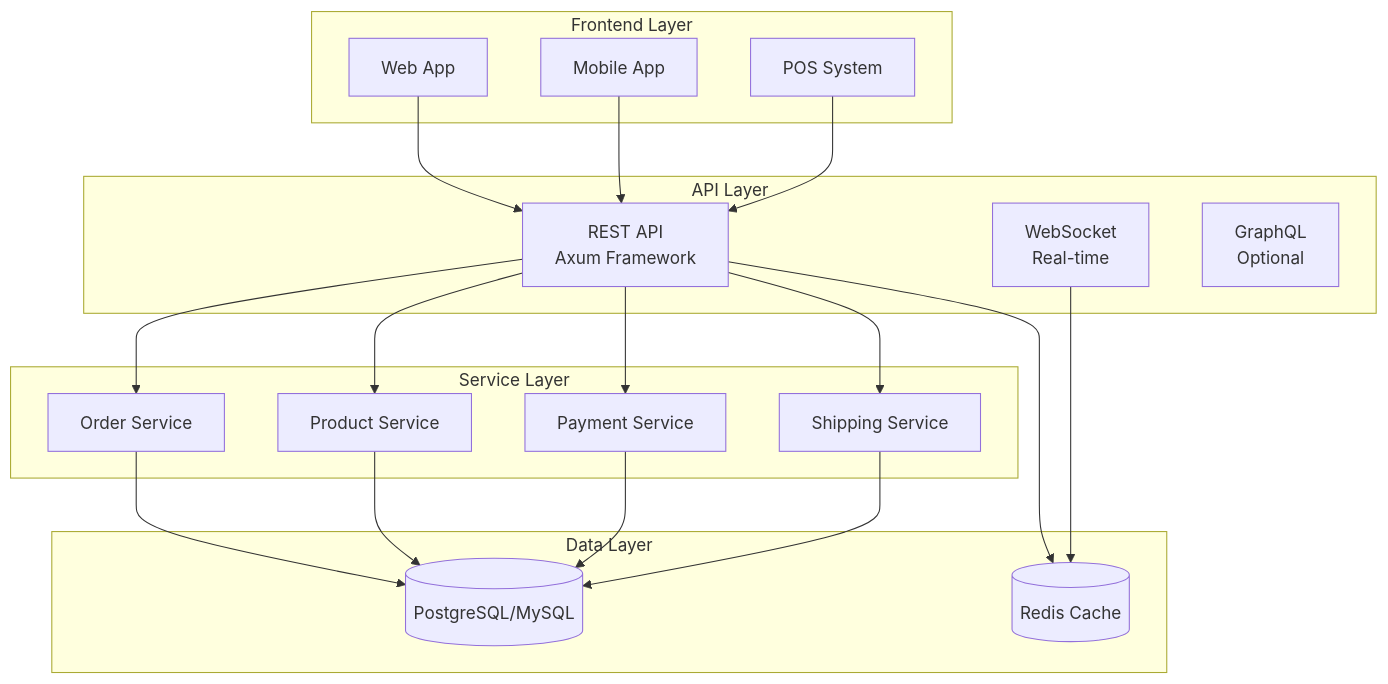
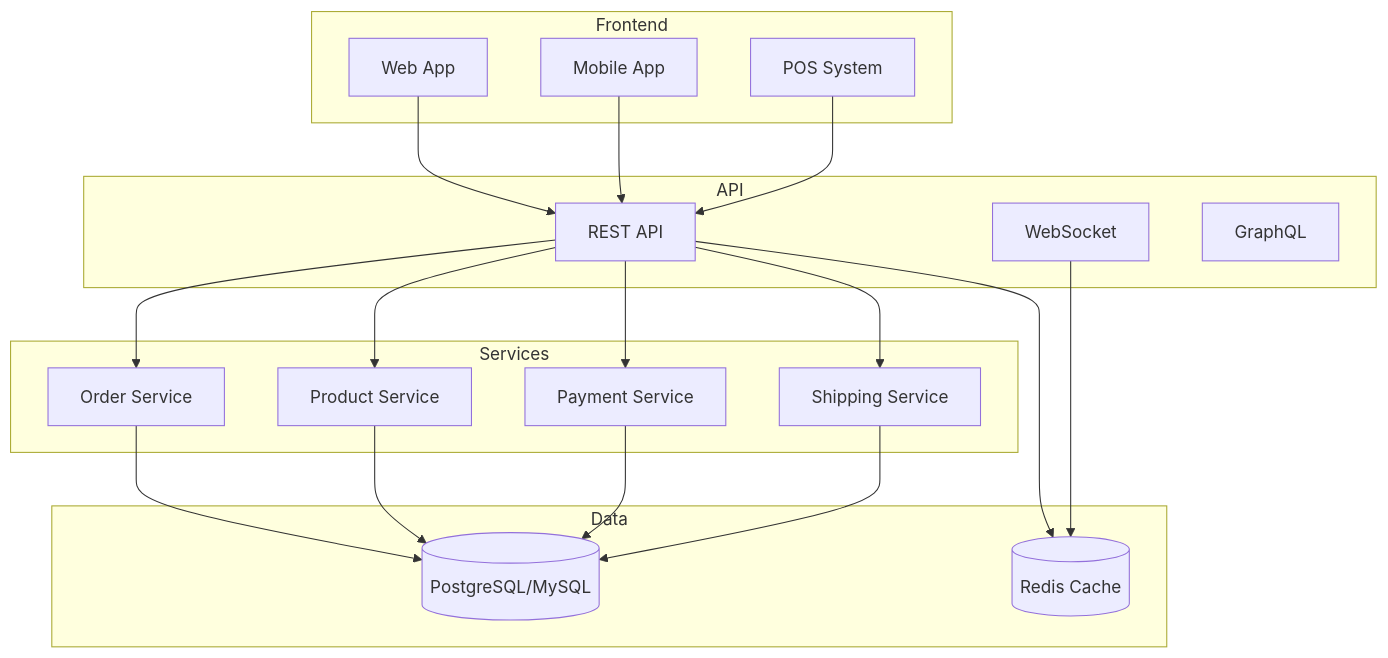
One commit to creativebastard/rcommerce changed the diagram in docs-website/docs/index.md. Above: the diagram before and after it, drawn with Mermaid. The commit also changed other lines of this file and 2 other files, not shown here.

````diff
--- a/docs-website/docs/index.md
+++ b/docs-website/docs/index.md
@@ -60,43 +72,43 @@
 ```mermaid
 graph TB
-    subgraph "Frontend Layer"
+    subgraph Frontend
         WEB[Web App]
         MOBILE[Mobile App]
         POS[POS System]
     end
     
-    subgraph "API Layer"
-        API[REST API<br/>Axum Framework]
-        WS[WebSocket<br/>Real-time]
-        GQL[GraphQL<br/>Optional]
+    subgraph API
+        REST[REST API]
+        WS[WebSocket]
+        GQL[GraphQL]
     end
     
-    subgraph "Service Layer"
+    subgraph Services
         OS[Order Service]
         PS[Product Service]
         PAYS[Payment Service]
         SS[Shipping Service]
     end
     
-    subgraph "Data Layer"
+    subgraph Data
         DB[(PostgreSQL/MySQL)]
         REDIS[(Redis Cache)]
     end
     
-    WEB --> API
-    MOBILE --> API
-    POS --> API
+    WEB --> REST
+    MOBILE --> REST
+    POS --> REST
     
-    API --> OS
-    API --> PS
-    API --> PAYS
-    API --> SS
+    REST --> OS
+    REST --> PS
+    REST --> PAYS
+    REST --> SS
     
     OS --> DB
     PS --> DB
     PAYS --> DB
     SS --> DB
     
-    API --> REDIS
+    REST --> REDIS
     WS --> REDIS
 ```
````
